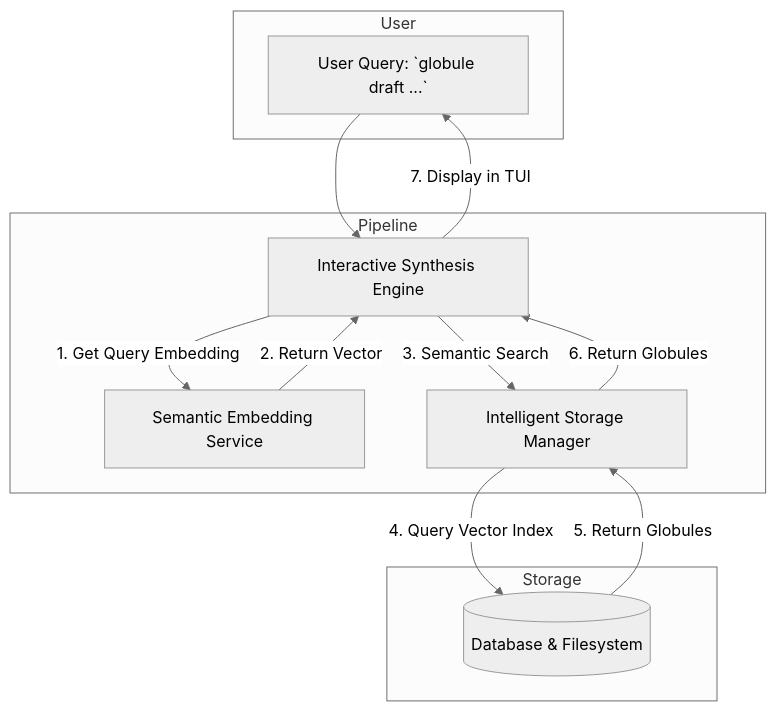
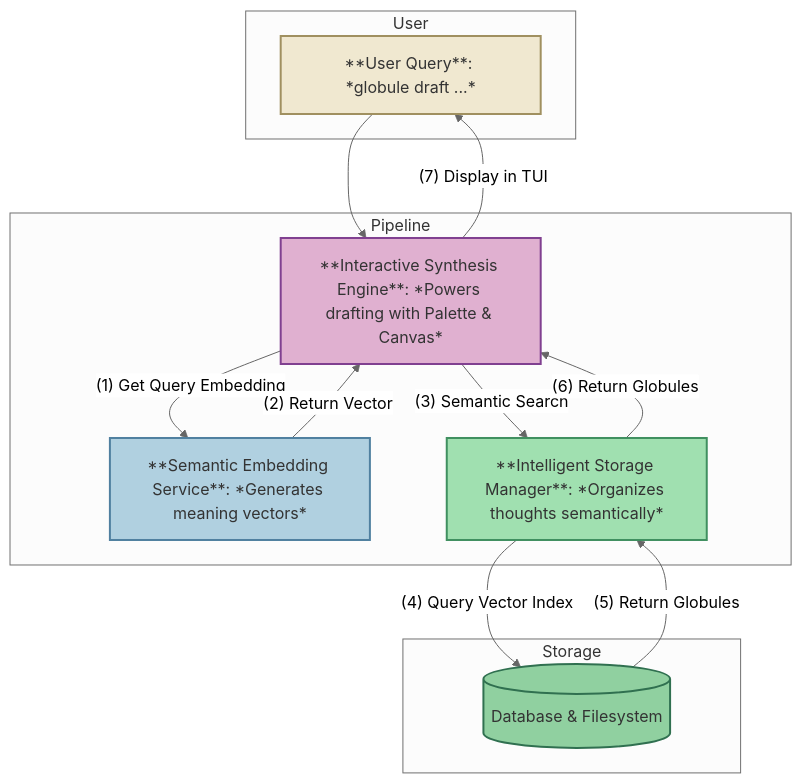
The second of 2 diagrams in 2_System_Architecture/23_Component_Interaction_Flows.md (asavschaeffer/headspace), drawn with Mermaid (neutral theme) before and after one commit. The commit also changed other lines of this file, not shown here.

Commit message:
flow diagrams improvement

````diff
--- a/2_System_Architecture/23_Component_Interaction_Flows.md
+++ b/2_System_Architecture/23_Component_Interaction_Flows.md
@@ -45,25 +86,31 @@
 ```mermaid
 graph TD
-    subgraph User
-        A[User Query: `globule draft ...`]
+subgraph User
+A[**User Query**: *globule draft ...*]
+end
+
+    subgraph Pipeline
+        B[**Interactive Synthesis Engine**: *Powers drafting with Palette & Canvas*]
+        C[**Semantic Embedding Service**: *Generates meaning vectors*]
+        D[**Intelligent Storage Manager**: *Organizes thoughts semantically*]
     end
 
-    subgraph Pipeline
-        B[Interactive Synthesis Engine]
-        C[Semantic Embedding Service]
-        D[Intelligent Storage Manager]
-    end
-    
     subgraph Storage
         E[(Database & Filesystem)]
     end
 
     A --> B
-    B -- 1. Get Query Embedding --> C
-    C -- 2. Return Vector --> B
-    B -- 3. Semantic Search --> D
-    D -- 4. Query Vector Index --> E
-    E -- 5. Return Globules --> D
-    D -- 6. Return Globules --> B
-    B -- 7. Display in TUI --> A
+    B -- (1) Get Query Embedding --> C
+    C -- (2) Return Vector --> B
+    B -- (3) Semantic Search --> D
+    D -- (4) Query Vector Index --> E
+    E -- (5) Return Globules --> D
+    D -- (6) Return Globules --> B
+    B -- (7) Display in TUI --> A
+
+    style A fill:#f0e8d0,stroke:#a09060,stroke-width:2px,color:#333,border-radius:10px
+    style B fill:#e0b0d0,stroke:#804090,stroke-width:2px,color:#333,border-radius:10px
+    style C fill:#b0d0e0,stroke:#5080a0,stroke-width:2px,color:#333,border-radius:10px
+    style D fill:#a0e0b0,stroke:#409060,stroke-width:2px,color:#333,border-radius:10px
+    style E fill:#90d0a0,stroke:#307050,stroke-width:2px,color:#333,border-radius:10px
 ```
````
